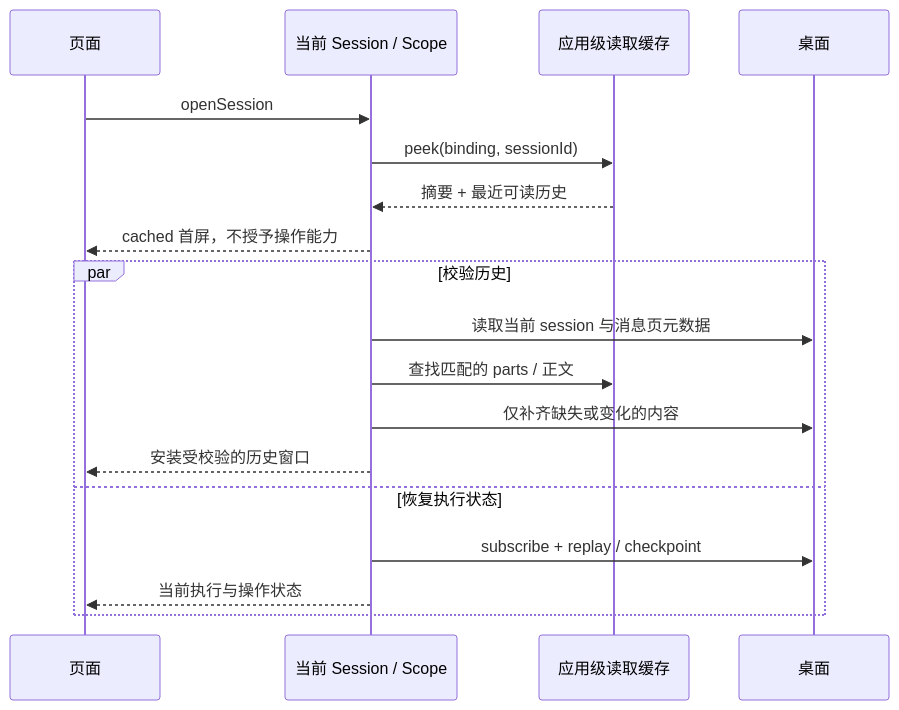
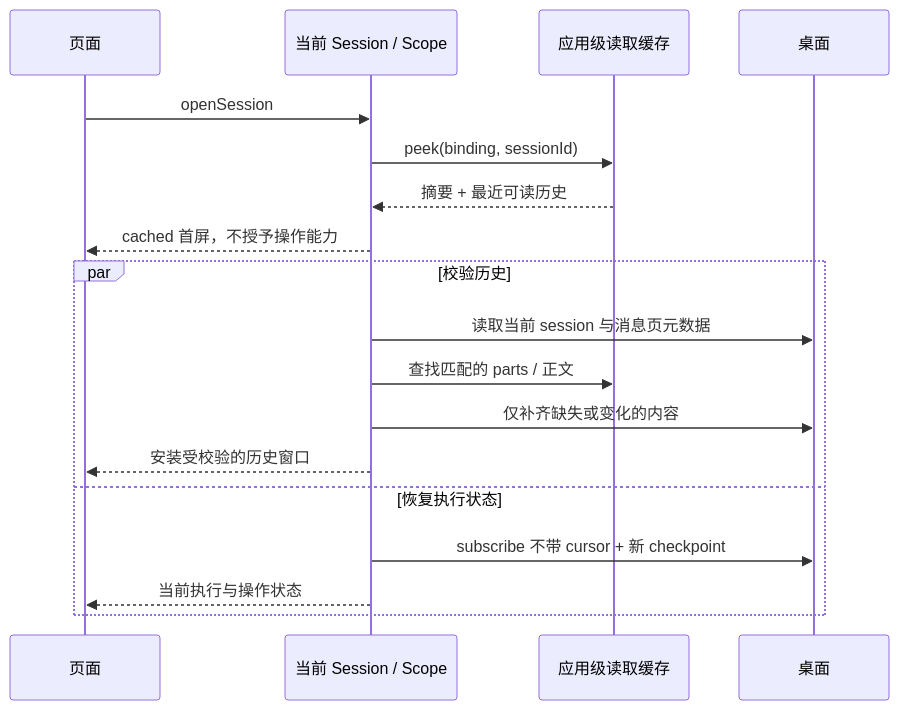
One commit to CherryHQ/cherry-studio-app changed the second of 2 diagrams in docs/references/remote-access/session-read-cache.md. Above: the diagram before and after it, drawn with Mermaid. The commit also changed other lines of this file and 23 other files, not shown here.

````diff
--- a/docs/references/remote-access/session-read-cache.md
+++ b/docs/references/remote-access/session-read-cache.md
@@ -171,20 +171,20 @@
 ```mermaid
 sequenceDiagram
   participant UI as 页面
   participant Scope as 当前 Session / Scope
   participant Cache as 应用级读取缓存
   participant PC as 桌面
   UI->>Scope: openSession
   Scope->>Cache: peek(binding, sessionId)
   Cache-->>Scope: 摘要 + 最近可读历史
   Scope-->>UI: cached 首屏，不授予操作能力
   par 校验历史
     Scope->>PC: 读取当前 session 与消息页元数据
     Scope->>Cache: 查找匹配的 parts / 正文
     Scope->>PC: 仅补齐缺失或变化的内容
     Scope-->>UI: 安装受校验的历史窗口
   and 恢复执行状态
-    Scope->>PC: subscribe + replay / checkpoint
+    Scope->>PC: subscribe 不带 cursor + 新 checkpoint
     Scope-->>UI: 当前执行与操作状态
   end
 ```
````
